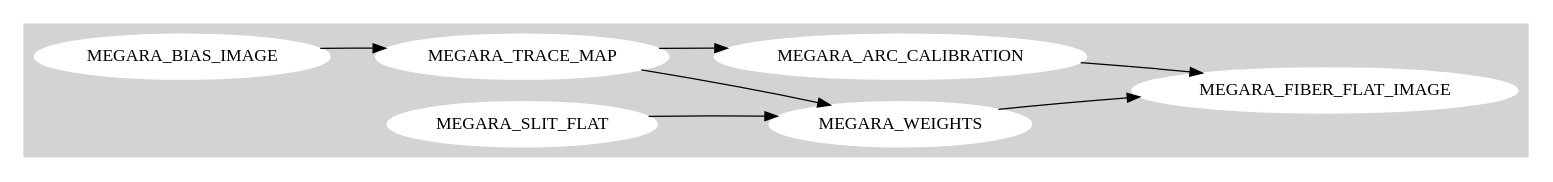
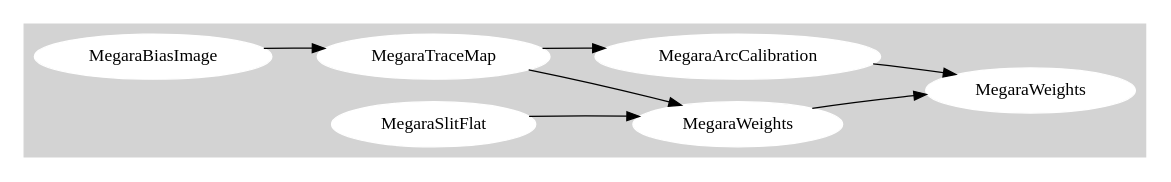
Before and after one commit to guaix-ucm/megaradrp: the diagram in doc/running.rst, drawn with Graphviz. The commit also changed other lines of this file and 14 other files, not shown here.

```diff
--- a/doc/running.rst
+++ b/doc/running.rst
@@ -161,28 +161,28 @@
 .. graphviz::
 
     digraph G {
         rankdir=LR;
         subgraph cluster_0 {
             style=filled;
             color=lightgrey;
             node [style=filled,color=white];
             edge[style=invis]
             a0 -> a5,a1 -> a4,a2 -> a3;
             #label = "Observing\nModes";
         }
 
         a0 -> a1 [rank=same];
         a1 -> a2 [rank=same];
         a1 -> a4 [rank=same];
         a2 -> a3 [rank=same];
         a4 -> a3 [rank=same];
         a5 -> a4 [rank=same];
 
-        a0 [label="MEGARA_BIAS_IMAGE"];
-        a1 [label="MEGARA_TRACE_MAP"];
-        a2 [label="MEGARA_ARC_CALIBRATION"];
-        a3 [label="MEGARA_FIBER_FLAT_IMAGE"];
-        a4 [label="MEGARA_WEIGHTS"];
-        a5 [label="MEGARA_SLIT_FLAT"];
+        a0 [label="MegaraBiasImage"];
+        a1 [label="MegaraTraceMap"];
+        a2 [label="MegaraArcCalibration"];
+        a3 [label="MegaraWeights"];
+        a4 [label="MegaraWeights"];
+        a5 [label="MegaraSlitFlat"];
 
     }
```
